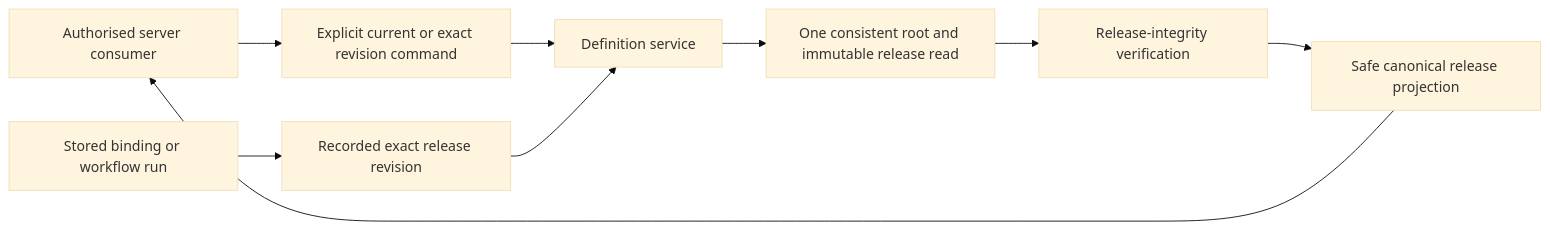
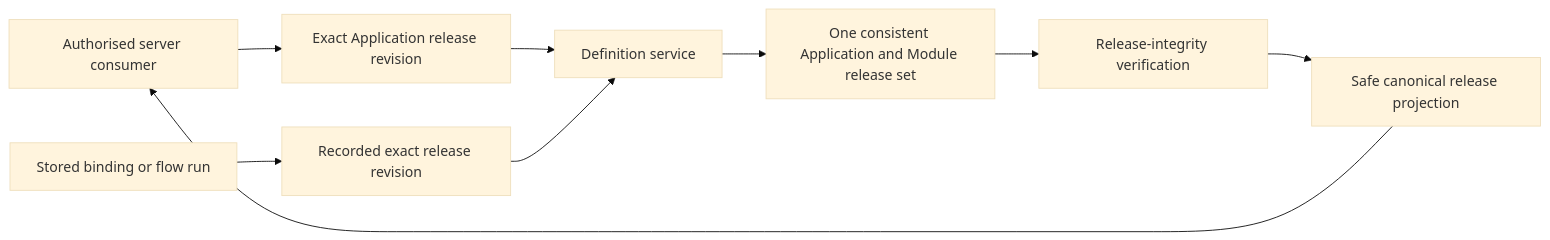
The fourth of 7 diagrams in docs/specification/03-composition-and-publication.md (Abzum-NZ/Abzum-Vortex), drawn with Mermaid (base theme) before and after one commit. The commit also changed other lines of this file and 23 other files, not shown here.

````diff
--- a/docs/specification/03-composition-and-publication.md
+++ b/docs/specification/03-composition-and-publication.md
@@ -113,11 +113,11 @@
 ```mermaid
 flowchart LR
-    C[Authorised server consumer] --> R[Explicit current or exact revision command]
+    C[Authorised server consumer] --> R[Exact Application release revision]
     R --> D[Definition service]
-    D --> S[One consistent root and immutable release read]
+    D --> S[One consistent Application and Module release set]
     S --> V[Release-integrity verification]
     V --> P[Safe canonical release projection]
     P --> C
-    X[Stored binding or workflow run] --> E[Recorded exact release revision]
+    X[Stored binding or flow run] --> E[Recorded exact release revision]
     E --> D
 ```
````
